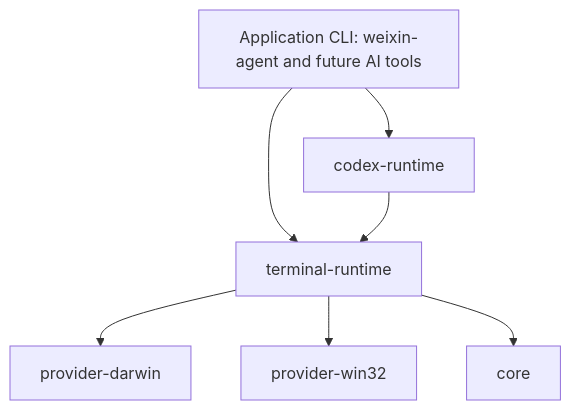
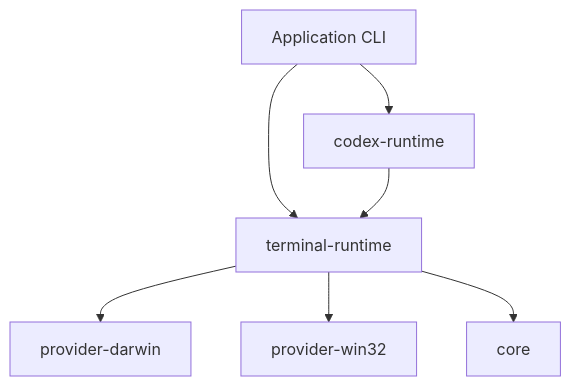
Before and after one commit to duo121/metacli: the first of 2 diagrams in README.md, drawn with Mermaid. The commit also changed other lines of this file and 6 other files, not shown here.

````diff
--- a/README.md
+++ b/README.md
@@ -19,9 +19,9 @@
 ```mermaid
 flowchart TD
-  app["Application CLI: weixin-agent and future AI tools"] --> codex["codex-runtime"]
+  app["Application CLI"] --> codex["codex-runtime"]
   app --> runtime["terminal-runtime"]
   codex --> runtime
   runtime --> darwin["provider-darwin"]
   runtime --> win32["provider-win32"]
   runtime --> core["core"]
 ```
````
